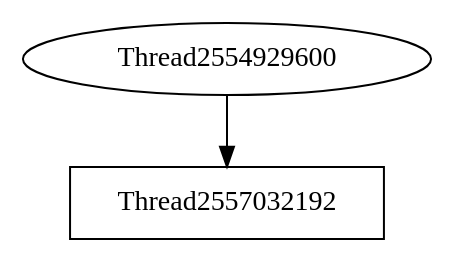
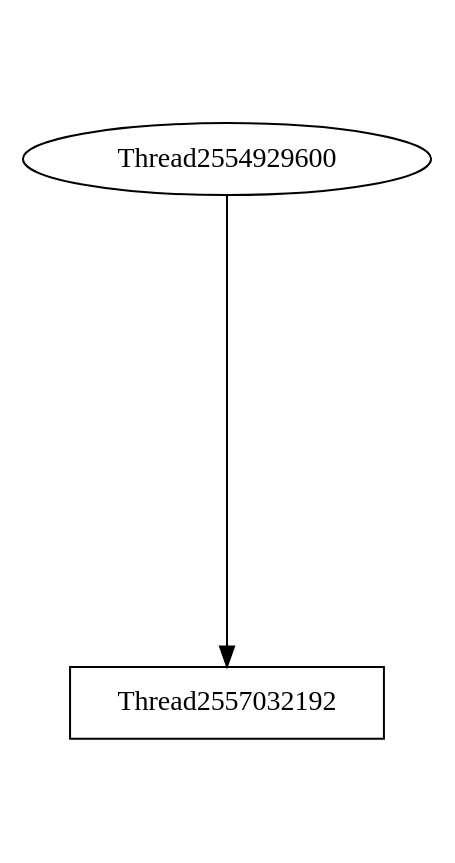
The diagram in view/dot/graph013.dot (v4o6/cs410), drawn with Graphviz before and after one commit. The commit also changed 202 other files, not shown here.

```diff
--- a/view/dot/graph013.dot
+++ b/view/dot/graph013.dot
@@ -1,5 +1,5 @@
 digraph G {
-graph[center=true];
+graph[center=true, ratio=2];
 Thread2554929600 -> Thread2557032192 [arrowhead=normal];
 Thread2557032192 [shape=box,color=black];
 }
```
